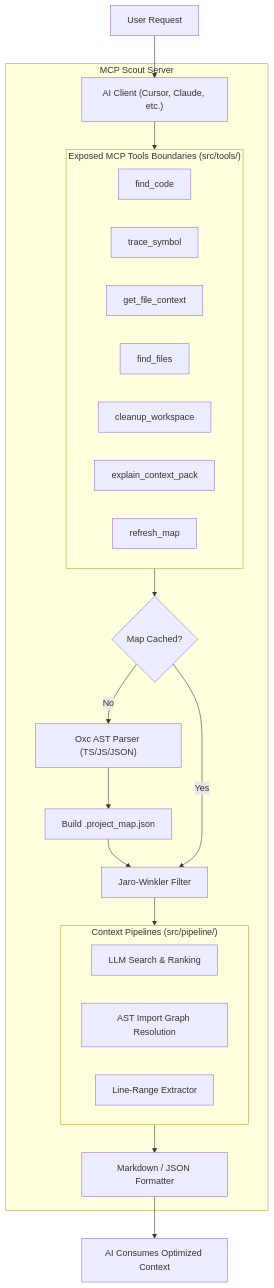
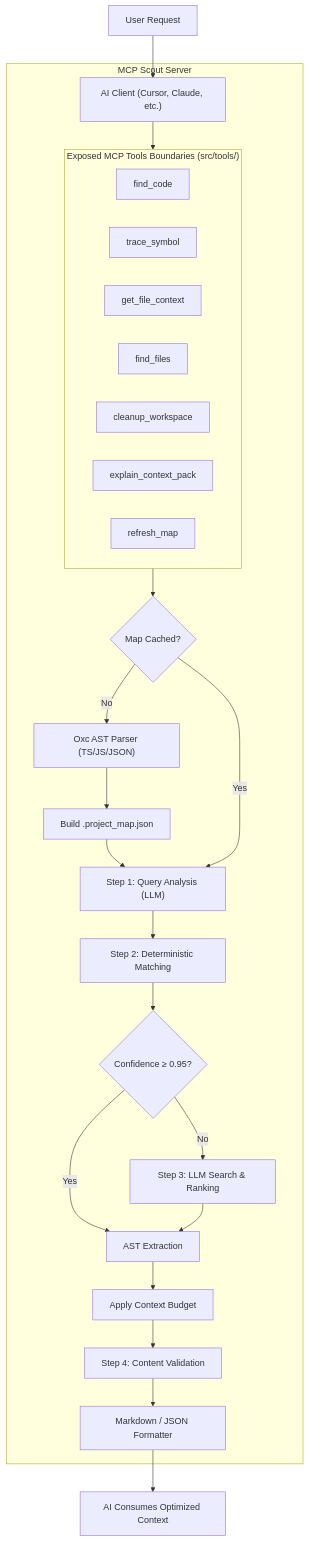
One commit to iHaiduk/smarter-faster-better-mcp changed the diagram in README.md. Above: the diagram before and after it, drawn with Mermaid. The commit also changed other lines of this file and 13 other files, not shown here.

First line of the commit message:
feat: add query analysis, content validation, and shared LLM client (v0.6.0)

````diff
--- a/README.md
+++ b/README.md
@@ -77,36 +77,36 @@
 ```mermaid
 graph TD
     UserQuery["User Request"] --> MCPClient["AI Client (Cursor, Claude, etc.)"]
-    
+
     subgraph MCP Scout Server
         MCPClient --> Tools
-        
+
         subgraph Tools ["Exposed MCP Tools Boundaries (src/tools/)"]
             FindCode["find_code"]
             TraceSymbol["trace_symbol"]
             GetContext["get_file_context"]
             FindFiles["find_files"]
             CleanupWorkspace["cleanup_workspace"]
             ExplainPack["explain_context_pack"]
             RefreshMap["refresh_map"]
         end
-        
+
         Tools --> Indexer{"Map Cached?"}
         Indexer -- No --> Parser["Oxc AST Parser (TS/JS/JSON)"]
         Parser --> WriteMap["Build .project_map.json"]
-        WriteMap --> Filter["Jaro-Winkler Filter"]
-        Indexer -- Yes --> Filter
-        
-        Filter --> Pipelines
-        
-        subgraph Pipelines ["Context Pipelines (src/pipeline/)"]
-            SearchPipe["LLM Search & Ranking"]
-            DepsPipe["AST Import Graph Resolution"]
-            FilePipe["Line-Range Extractor"]
-        end
-        
-        Pipelines --> Formatter["Markdown / JSON Formatter"]
+        WriteMap --> QueryAnalysis["Step 1: Query Analysis (LLM)"]
+        Indexer -- Yes --> QueryAnalysis
+
+        QueryAnalysis --> DetMatch["Step 2: Deterministic Matching"]
+        DetMatch --> HighConfidence{"Confidence ≥ 0.95?"}
+        HighConfidence -- Yes --> Extraction["AST Extraction"]
+        HighConfidence -- No --> LLMFilter["Step 3: LLM Search & Ranking"]
+        LLMFilter --> Extraction
+
+        Extraction --> Budget["Apply Context Budget"]
+        Budget --> ContentVal["Step 4: Content Validation"]
+        ContentVal --> Formatter["Markdown / JSON Formatter"]
     end
-    
+
     Formatter --> AIResponse["AI Consumes Optimized Context"]
 ```
````
